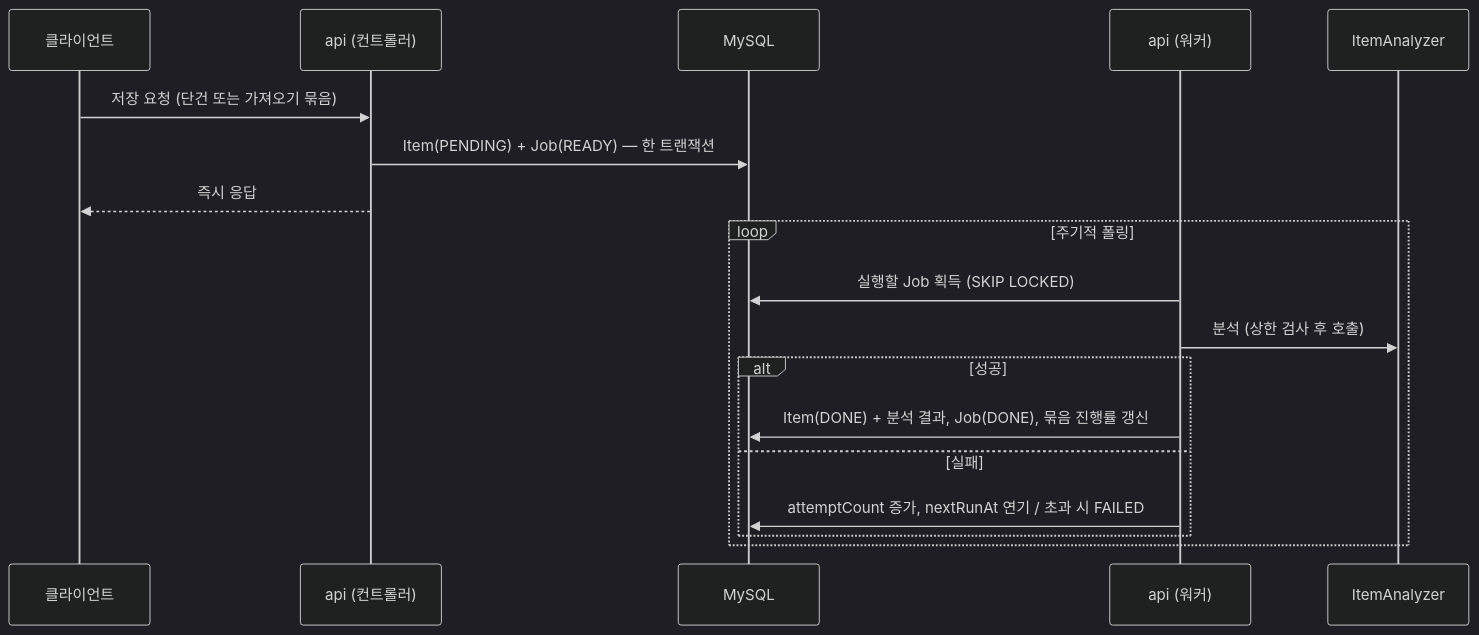
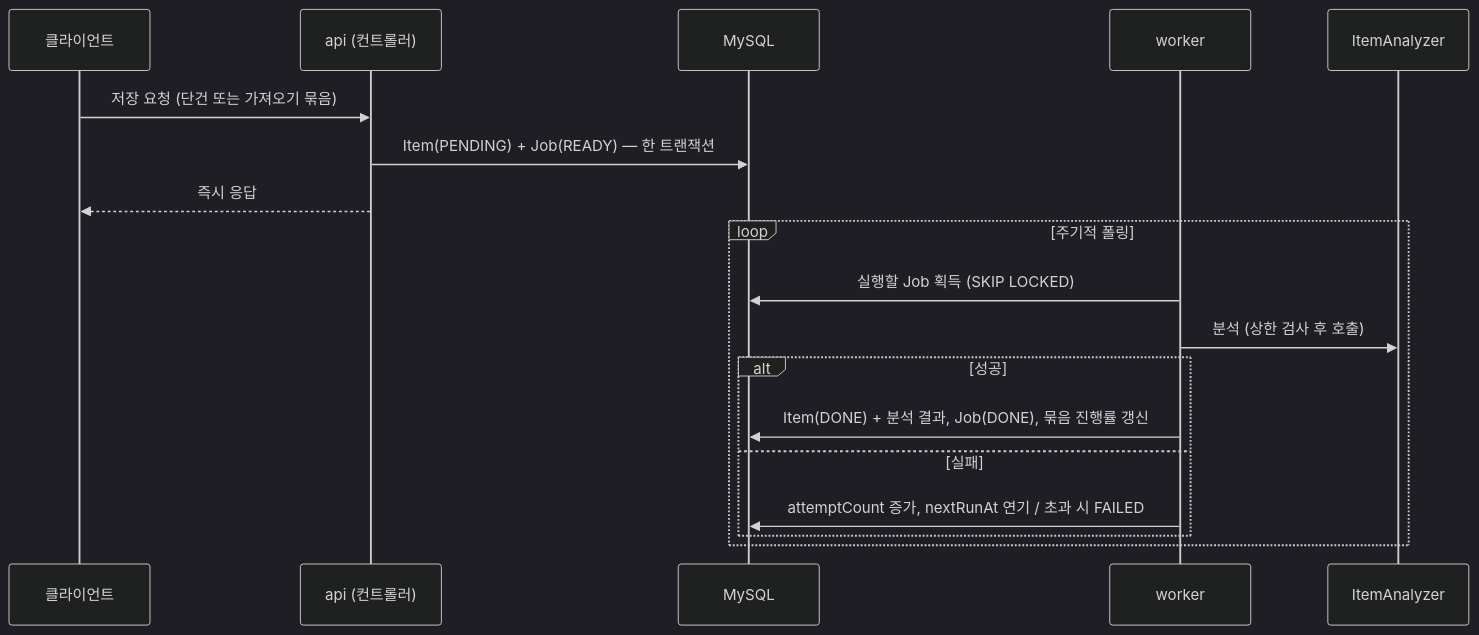
The second of 2 diagrams in docs/architecture.md (depromeet/19th-team1-server), drawn with Mermaid (dark theme) before and after one commit. The commit also changed other lines of this file and 26 other files, not shown here.

First line of the commit message:
refactor(infra, api, worker): 모듈 구조 조정과 테스트 전략 문서화 (#15) (#18)

````diff
--- a/docs/architecture.md
+++ b/docs/architecture.md
@@ -234,21 +232,21 @@
 ```mermaid
 sequenceDiagram
     participant C as 클라이언트
     participant A as api (컨트롤러)
     participant DB as MySQL
-    participant W as api (워커)
+    participant W as worker
     participant L as ItemAnalyzer
 
     C->>A: 저장 요청 (단건 또는 가져오기 묶음)
     A->>DB: Item(PENDING) + Job(READY) — 한 트랜잭션
     A-->>C: 즉시 응답
     loop 주기적 폴링
         W->>DB: 실행할 Job 획득 (SKIP LOCKED)
         W->>L: 분석 (상한 검사 후 호출)
         alt 성공
             W->>DB: Item(DONE) + 분석 결과, Job(DONE), 묶음 진행률 갱신
         else 실패
             W->>DB: attemptCount 증가, nextRunAt 연기 / 초과 시 FAILED
         end
     end
 ```
````
